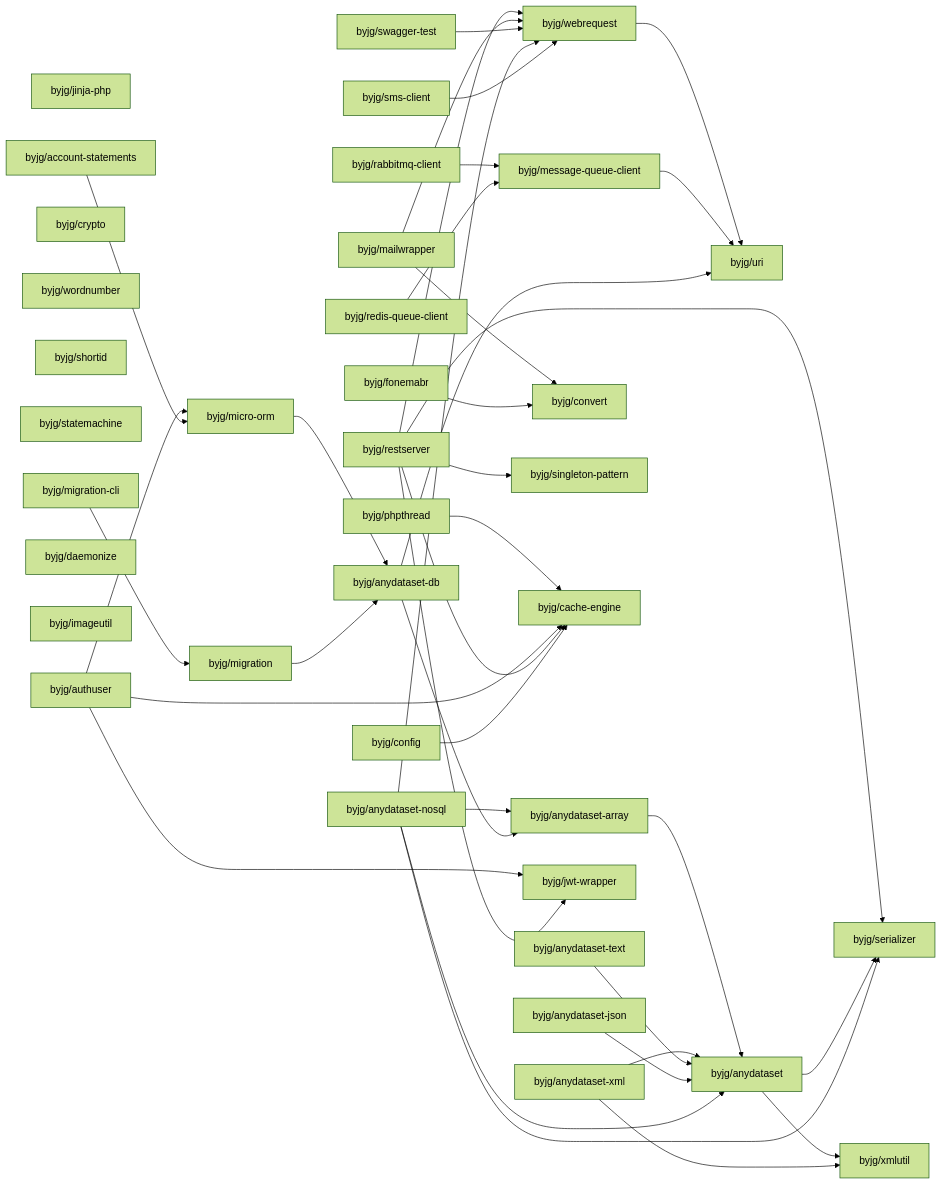
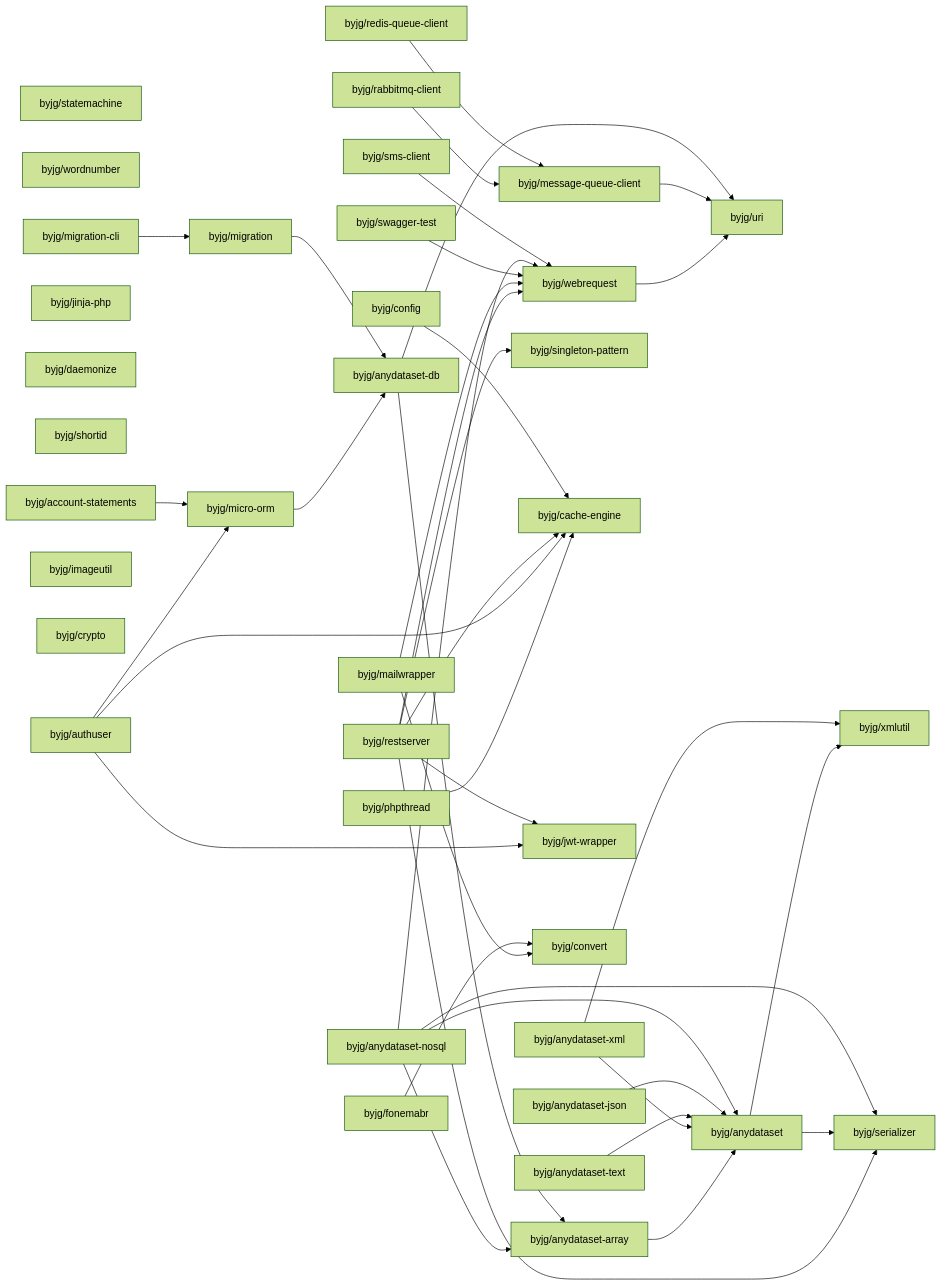
One commit to byjg/byjg.github.io changed the diagram in docs/php/README.md. Above: the diagram before and after it, drawn with Mermaid (forest theme). The commit also changed other lines of this file, not shown here.

Commit message:
Update documentation 'php' 'php-uri'

````diff
--- a/docs/php/README.md
+++ b/docs/php/README.md
@@ -3,76 +3,76 @@
 ```mermaid
 graph LR;
-  byjg/anydataset-json;
-  byjg/jinja-php;
-  byjg/account-statements;
+  byjg/config;
+  byjg/statemachine;
+  byjg/wordnumber;
+  byjg/restserver;
+  byjg/migration-cli;
   byjg/anydataset-text;
   byjg/phpthread;
+  byjg/jinja-php;
+  byjg/redis-queue-client;
+  byjg/mailwrapper;
+  byjg/daemonize;
+  byjg/shortid;
+  byjg/anydataset-xml;
+  byjg/anydataset-nosql;
+  byjg/authuser;
   byjg/fonemabr;
+  byjg/rabbitmq-client;
+  byjg/imageutil;
+  byjg/anydataset-json;
+  byjg/sms-client;
   byjg/crypto;
-  byjg/wordnumber;
-  byjg/rabbitmq-client;
-  byjg/shortid;
   byjg/swagger-test;
-  byjg/statemachine;
-  byjg/anydataset-xml;
-  byjg/redis-queue-client;
-  byjg/authuser;
-  byjg/config;
-  byjg/anydataset-nosql;
-  byjg/daemonize;
-  byjg/imageutil;
-  byjg/mailwrapper;
-  byjg/sms-client;
-  byjg/restserver;
-  byjg/migration-cli;
+  byjg/account-statements;
+  byjg/singleton-pattern;
+  byjg/migration;
+  byjg/cache-engine;
+  byjg/jwt-wrapper;
+  byjg/convert;
   byjg/message-queue-client;
+  byjg/webrequest;
   byjg/micro-orm;
-  byjg/convert;
-  byjg/singleton-pattern;
-  byjg/cache-engine;
-  byjg/webrequest;
-  byjg/jwt-wrapper;
-  byjg/migration;
   byjg/anydataset-db;
   byjg/anydataset-array;
   byjg/uri;
   byjg/anydataset;
   byjg/serializer;
   byjg/xmlutil;
   byjg/phpthread --> byjg/cache-engine;
   byjg/micro-orm --> byjg/anydataset-db;
   byjg/authuser --> byjg/micro-orm;
   byjg/authuser --> byjg/cache-engine;
   byjg/authuser --> byjg/jwt-wrapper;
   byjg/anydataset-array --> byjg/anydataset;
   byjg/restserver --> byjg/serializer;
   byjg/restserver --> byjg/singleton-pattern;
   byjg/restserver --> byjg/cache-engine;
   byjg/restserver --> byjg/webrequest;
   byjg/restserver --> byjg/jwt-wrapper;
   byjg/mailwrapper --> byjg/convert;
   byjg/mailwrapper --> byjg/webrequest;
   byjg/swagger-test --> byjg/webrequest;
   byjg/migration --> byjg/anydataset-db;
   byjg/account-statements --> byjg/micro-orm;
   byjg/anydataset --> byjg/serializer;
   byjg/anydataset --> byjg/xmlutil;
   byjg/fonemabr --> byjg/convert;
   byjg/anydataset-xml --> byjg/anydataset;
   byjg/anydataset-xml --> byjg/xmlutil;
   byjg/webrequest --> byjg/uri;
   byjg/config --> byjg/cache-engine;
   byjg/migration-cli --> byjg/migration;
   byjg/anydataset-text --> byjg/anydataset;
   byjg/message-queue-client --> byjg/uri;
   byjg/anydataset-json --> byjg/anydataset;
   byjg/anydataset-nosql --> byjg/anydataset;
   byjg/anydataset-nosql --> byjg/anydataset-array;
   byjg/anydataset-nosql --> byjg/serializer;
   byjg/anydataset-nosql --> byjg/webrequest;
   byjg/anydataset-db --> byjg/anydataset-array;
   byjg/anydataset-db --> byjg/uri;
   byjg/rabbitmq-client --> byjg/message-queue-client;
   byjg/redis-queue-client --> byjg/message-queue-client;
   byjg/sms-client --> byjg/webrequest;
 ```
````
